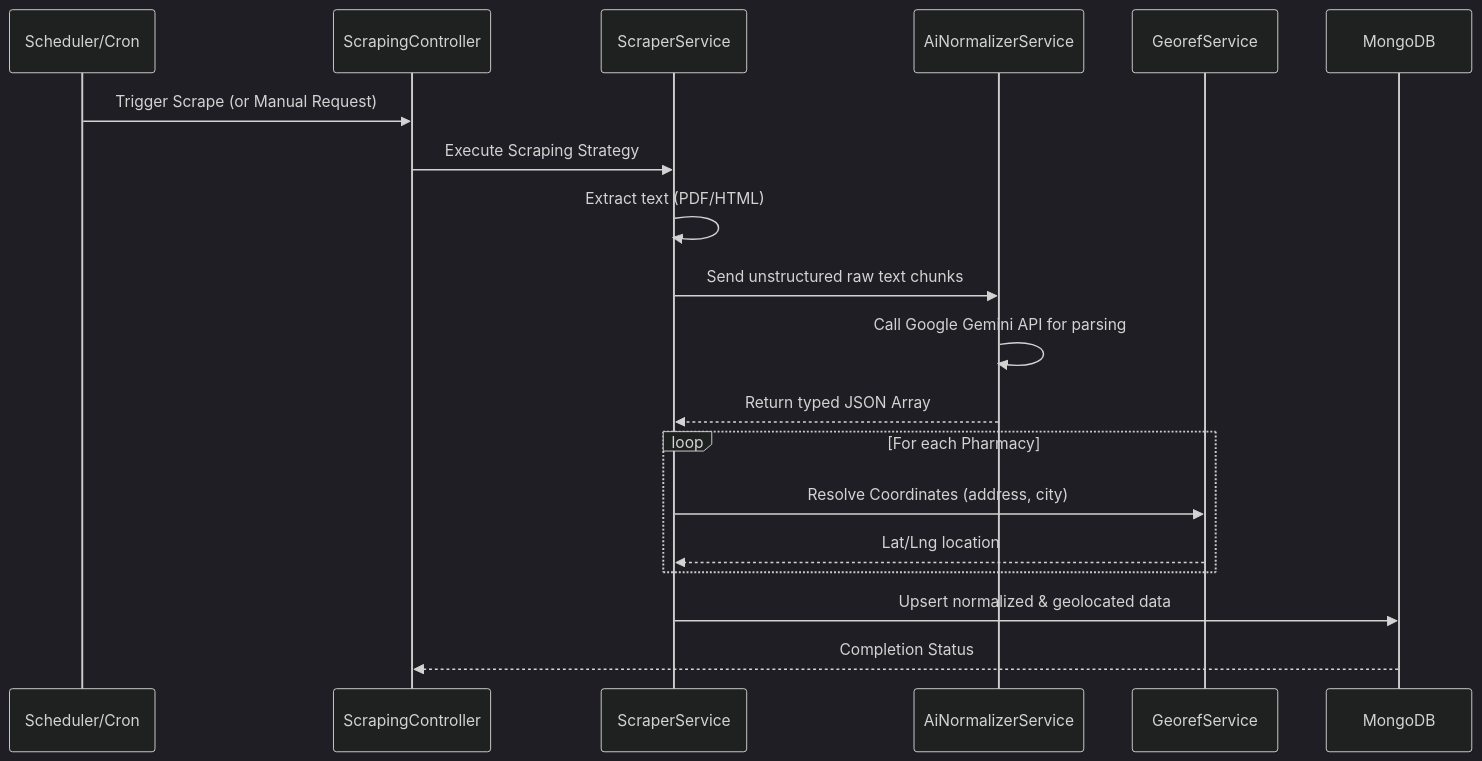
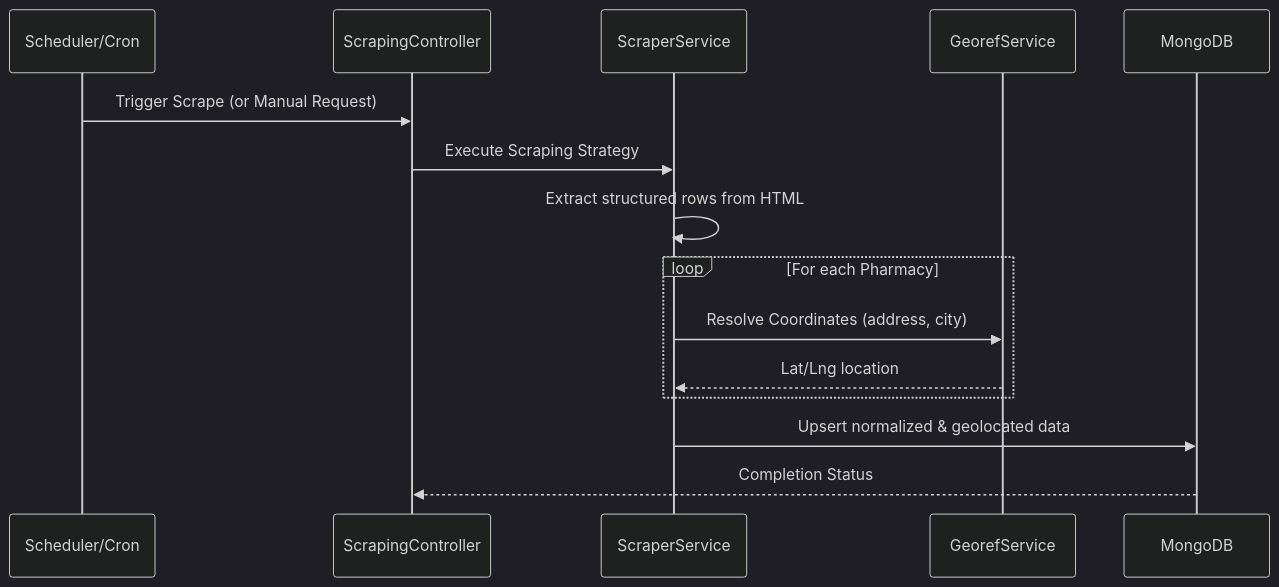
Before and after one commit to duiliomamani/ar.farmacias-core: the first of 3 diagrams in README.md, drawn with Mermaid (dark theme). The commit also changed other lines of this file and 28 other files, not shown here.

````diff
--- a/README.md
+++ b/README.md
@@ -39,22 +37,18 @@
 ```mermaid
 sequenceDiagram
     participant Cron as Scheduler/Cron
     participant API as ScrapingController
     participant Scraper as ScraperService
-    participant AI as AiNormalizerService
     participant Geo as GeorefService
     participant DB as MongoDB
 
     Cron->>API: Trigger Scrape (or Manual Request)
     API->>Scraper: Execute Scraping Strategy
-    Scraper->>Scraper: Extract text (PDF/HTML)
-    Scraper->>AI: Send unstructured raw text chunks
-    AI->>AI: Call Google Gemini API for parsing
-    AI-->>Scraper: Return typed JSON Array
+    Scraper->>Scraper: Extract structured rows from HTML
     loop For each Pharmacy
         Scraper->>Geo: Resolve Coordinates (address, city)
         Geo-->>Scraper: Lat/Lng location
     end
     Scraper->>DB: Upsert normalized & geolocated data
     DB-->>API: Completion Status
 ```
````
